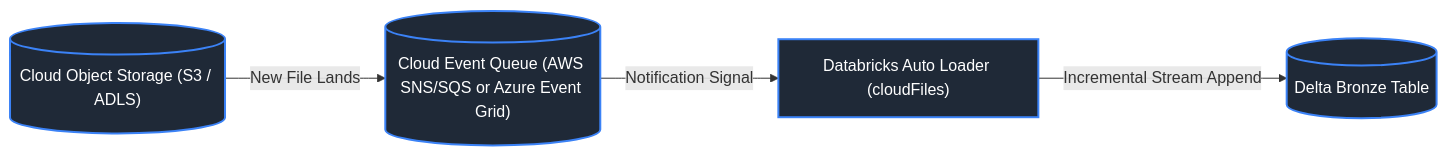
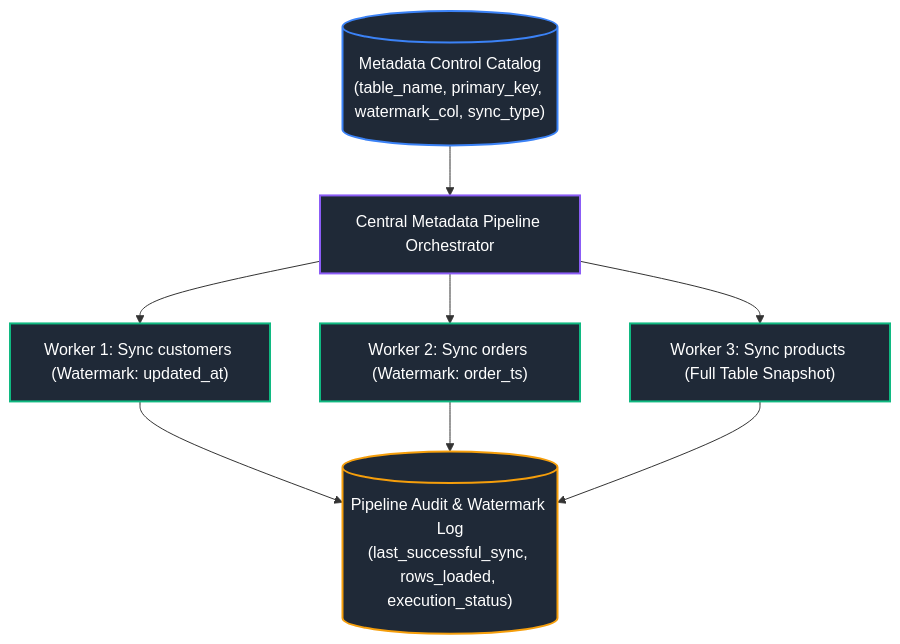
One commit to joydeep-biswas/Interview-Preparation changed diagram 17 of 24 in Data Engineering/10_data_pipeline_design_and_ingestion.md. Above: the diagram before and after it, drawn with Mermaid. The commit also changed other lines of this file and 143 other files, not shown here.

````diff
--- a/Data Engineering/10_data_pipeline_design_and_ingestion.md
+++ b/Data Engineering/10_data_pipeline_design_and_ingestion.md
@@ -659,11 +1057,19 @@
 ```mermaid
-flowchart LR
-    S3Landing[("Cloud Object Storage (S3 / ADLS)")] -->|New File Lands| SQS[("Cloud Event Queue (AWS SNS/SQS or Azure Event Grid)")]
-    SQS -->|Notification Signal| AutoLoader["Databricks Auto Loader (cloudFiles)"]
-    AutoLoader -->|Incremental Stream Append| DeltaBronze[(Delta Bronze Table)]
+flowchart TD
+    Catalog[("Metadata Control Catalog<br/>(table_name, primary_key, watermark_col, sync_type)")]
+    Engine["Central Metadata Pipeline Orchestrator"]
+    Catalog --> Engine
+    
+    Engine --> T1["Worker 1: Sync customers (Watermark: updated_at)"]
+    Engine --> T2["Worker 2: Sync orders (Watermark: order_ts)"]
+    Engine --> T3["Worker 3: Sync products (Full Table Snapshot)"]
+    
+    T1 & T2 & T3 --> AuditLog[("Pipeline Audit & Watermark Log<br/>(last_successful_sync, rows_loaded, execution_status)")]
 
-    style S3Landing fill:#1f2937,stroke:#3b82f6,stroke-width:2px,color:#fff
-    style SQS fill:#1f2937,stroke:#3b82f6,stroke-width:2px,color:#fff
-    style AutoLoader fill:#1f2937,stroke:#3b82f6,stroke-width:2px,color:#fff
-    style DeltaBronze fill:#1f2937,stroke:#3b82f6,stroke-width:2px,color:#fff
+    style Catalog fill:#1f2937,stroke:#3b82f6,stroke-width:2px,color:#fff
+    style Engine fill:#1f2937,stroke:#8b5cf6,stroke-width:2px,color:#fff
+    style T1 fill:#1f2937,stroke:#10b981,stroke-width:2px,color:#fff
+    style T2 fill:#1f2937,stroke:#10b981,stroke-width:2px,color:#fff
+    style T3 fill:#1f2937,stroke:#10b981,stroke-width:2px,color:#fff
+    style AuditLog fill:#1f2937,stroke:#f59e0b,stroke-width:2px,color:#fff
 ```
````
